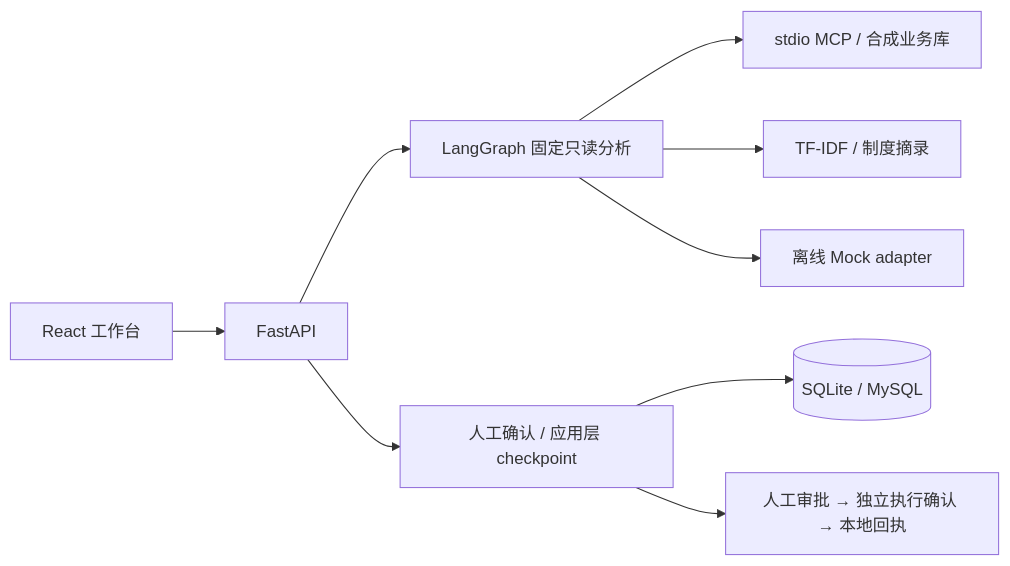
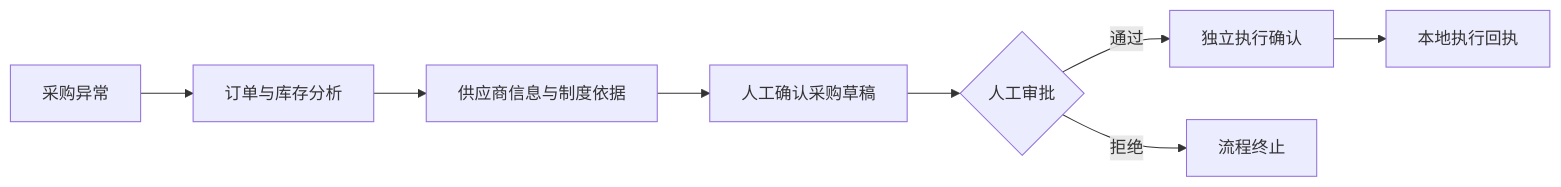
One commit to lho555/procurepilot changed the diagram in README.md. Above: the diagram before and after it, drawn with Mermaid. The commit also changed other lines of this file and 1 other file, not shown here.

````diff
--- a/README.md
+++ b/README.md
@@ -21,11 +25,10 @@
 ```mermaid
 flowchart LR
-    UI[React 工作台] --> API[FastAPI]
-    API --> GRAPH[LangGraph 固定只读分析]
-    GRAPH --> MCP[stdio MCP / 合成业务库]
-    GRAPH --> RAG[TF-IDF / 制度摘录]
-    GRAPH --> MOCK[离线 Mock adapter]
-    API --> WF[人工确认 / 应用层 checkpoint]
-    WF --> DB[(SQLite / MySQL)]
-    WF --> APPROVAL[人工审批 → 独立执行确认 → 本地回执]
+    A[采购异常] --> B[订单与库存分析]
+    B --> C[供应商信息与制度依据]
+    C --> D[人工确认采购草稿]
+    D --> E{人工审批}
+    E -->|通过| F[独立执行确认]
+    F --> G[本地执行回执]
+    E -->|拒绝| H[流程终止]
 ```
````
